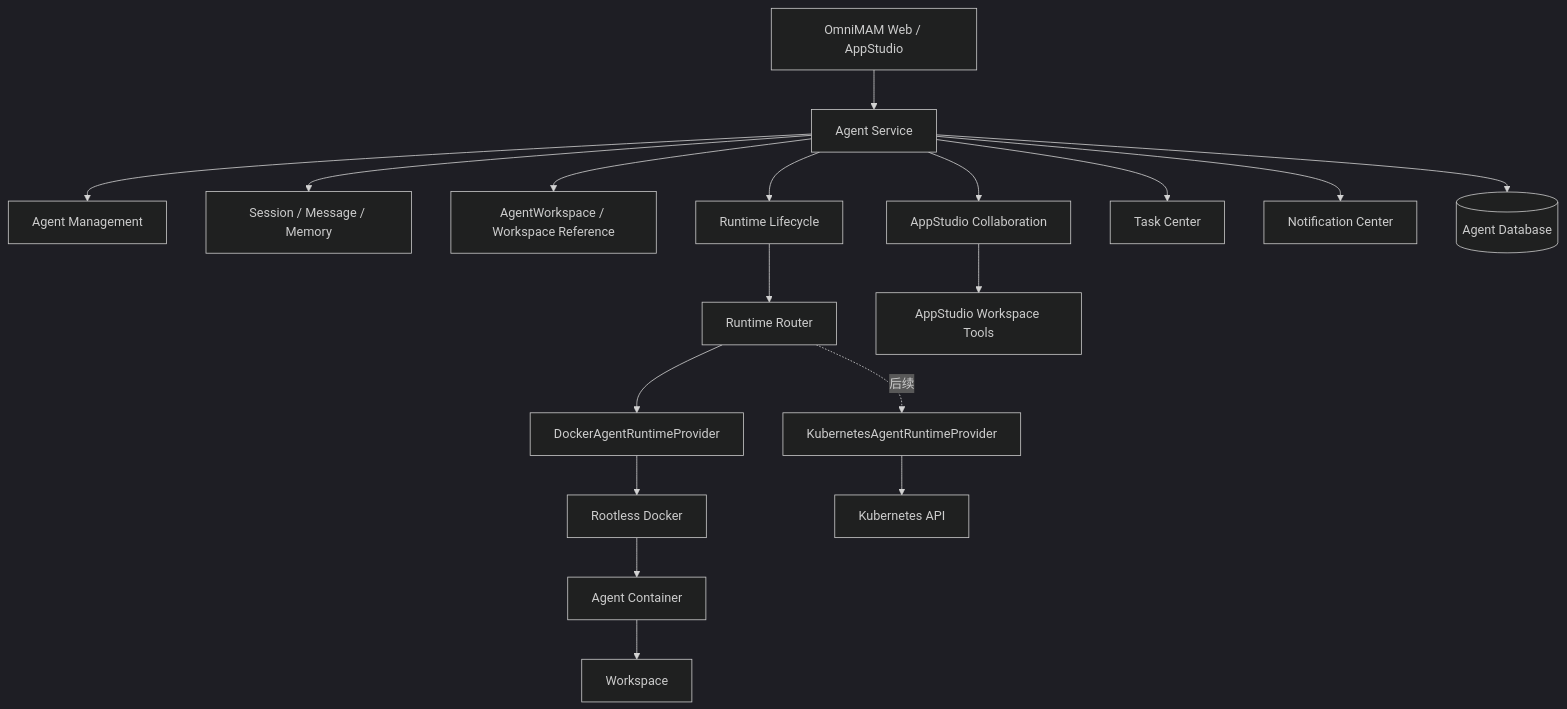
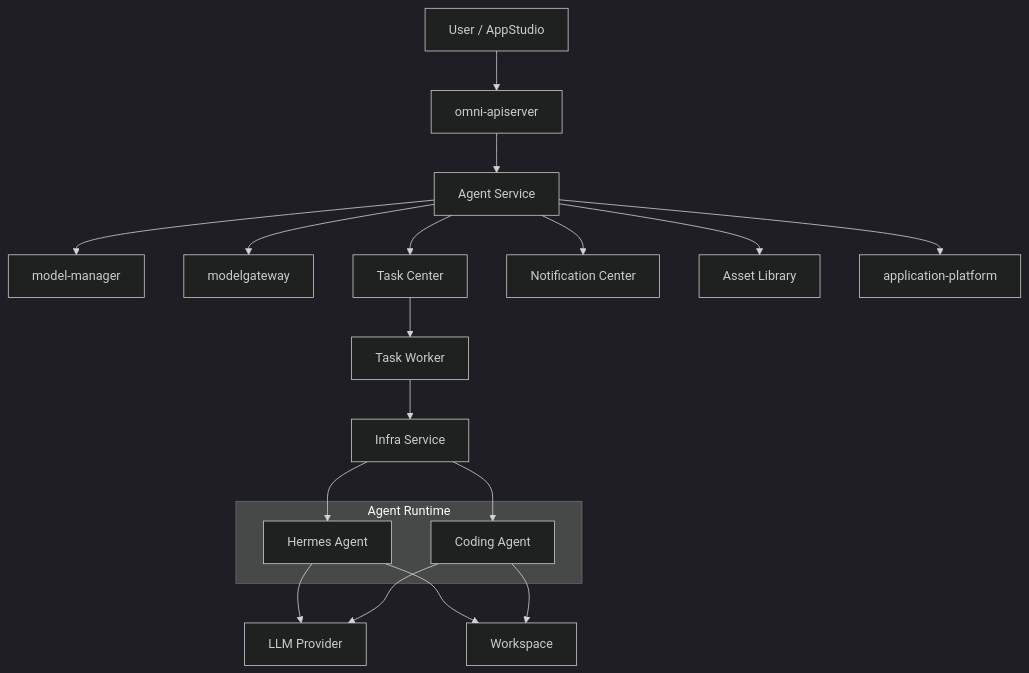
One commit to wangweihong/omnimam-spec changed the second of 9 diagrams in 00_product/domains/agent/product-spec.md. Above: the diagram before and after it, drawn with Mermaid (dark theme). The commit also changed other lines of this file and 36 other files, not shown here.

````diff
--- a/00_product/domains/agent/product-spec.md
+++ b/00_product/domains/agent/product-spec.md
@@ -241,26 +253,44 @@
 ```mermaid
 flowchart TB
-    UI[OmniMAM Web / AppStudio] --> AS[Agent Service]
+    USER[User / AppStudio]
+    API[omni-apiserver]
 
-    AS --> AG[Agent Management]
-    AS --> SM[Session / Message / Memory]
-    AS --> WM[AgentWorkspace / Workspace Reference]
-    AS --> RL[Runtime Lifecycle]
-    AS --> SC[AppStudio Collaboration]
+    AS[Agent Service]
+    MM[model-manager]
+    MG[modelgateway]
+    TC[Task Center]
+    WORKER[Task Worker]
+    INFRA[Infra Service]
+    NOTICE[Notification Center]
+    ASSET[Asset Library]
+    APP[application-platform]
 
-    AS --> TC[Task Center]
-    AS --> NC[Notification Center]
-    AS --> DB[(Agent Database)]
+    subgraph Runtime["Agent Runtime"]
+        HERMES[Hermes Agent]
+        CODING[Coding Agent]
+    end
 
-    RL --> RR[Runtime Router]
+    LLM[LLM Provider]
+    WS[Workspace]
 
-    RR --> DP[DockerAgentRuntimeProvider]
-    RR -.后续.-> KP[KubernetesAgentRuntimeProvider]
+    USER --> API
+    API --> AS
 
-    DP --> RD[Rootless Docker]
-    KP --> K8S[Kubernetes API]
+    AS --> MM
+    AS --> MG
+    AS --> TC
+    TC --> WORKER
+    WORKER --> INFRA
+    AS --> NOTICE
+    AS --> ASSET
+    AS --> APP
 
-    RD --> AR[Agent Container]
-    AR --> WS[Workspace]
-    SC --> ST[AppStudio Workspace Tools]
+    INFRA --> HERMES
+    INFRA --> CODING
+
+    HERMES --> LLM
+    CODING --> LLM
+
+    HERMES --> WS
+    CODING --> WS
 ```
````
